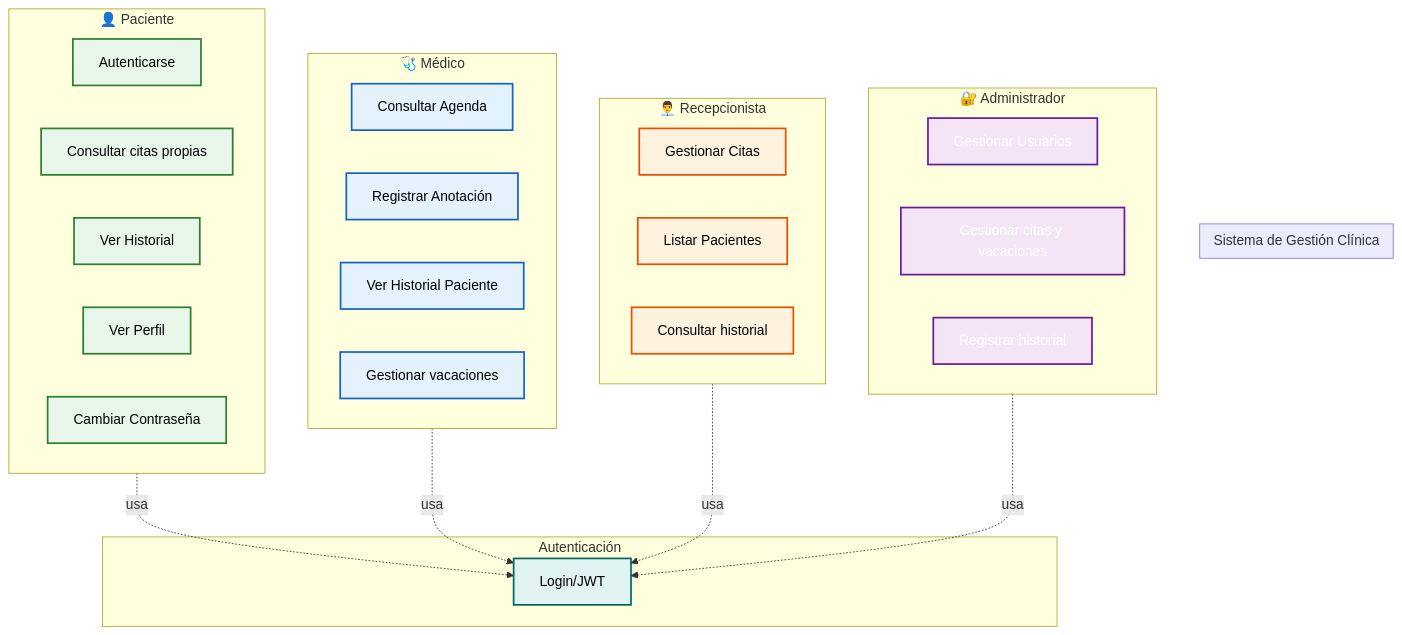
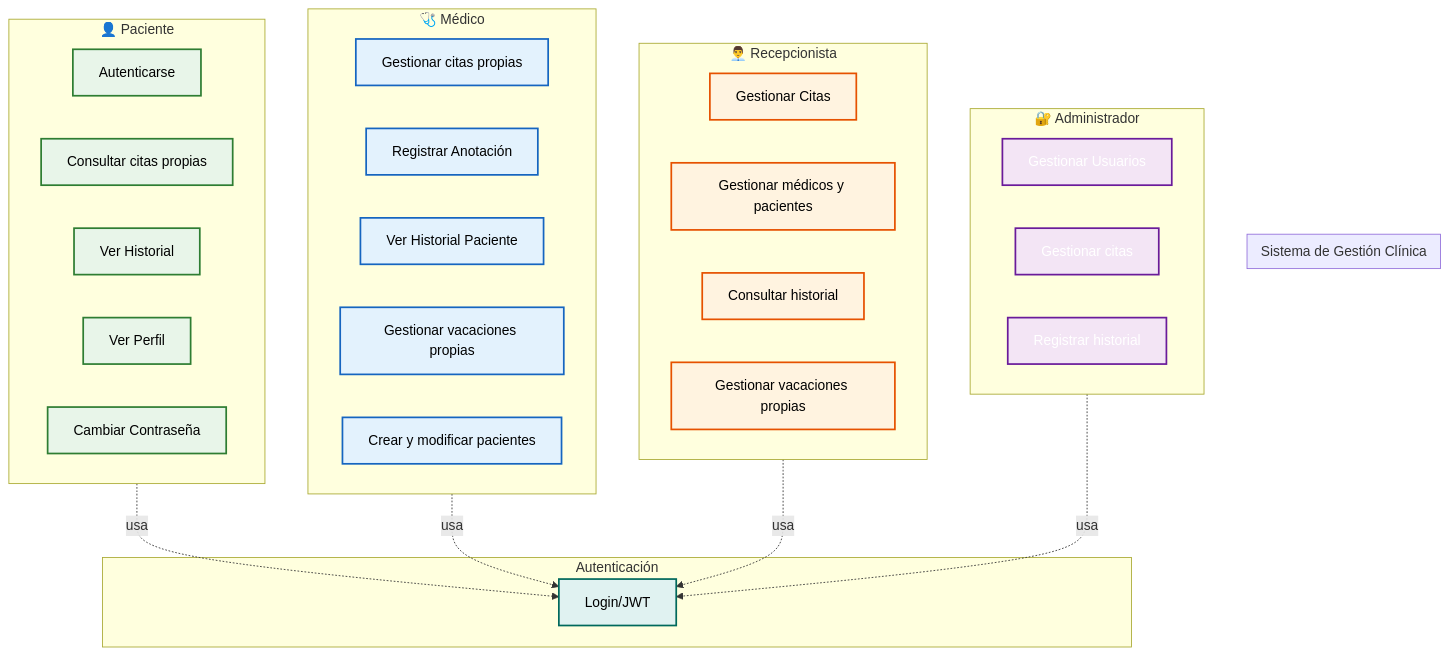
Before and after one commit to AlbertoHernandez98/clinica-TFG: the second of 4 diagrams in INFORMACION/MEMORIA_TFG_CLINICA_MEJORADA.md, drawn with Mermaid. The commit also changed other lines of this file and 53 other files, not shown here.

````diff
--- a/INFORMACION/MEMORIA_TFG_CLINICA_MEJORADA.md
+++ b/INFORMACION/MEMORIA_TFG_CLINICA_MEJORADA.md
@@ -1049,63 +1087,67 @@
 ```mermaid
 graph TB
     subgraph Sistema["Sistema de Gestión Clínica"]
         direction TB
     end
     
     subgraph Paciente["👤 Paciente"]
         UC1["Autenticarse"]
         UC2["Consultar citas propias"]
         UC3["Ver Historial"]
         UC4["Ver Perfil"]
         UC5["Cambiar Contraseña"]
     end
     
     subgraph Medico["🩺 Médico"]
-        UC6["Consultar Agenda"]
+        UC6["Gestionar citas propias"]
         UC7["Registrar Anotación"]
         UC8["Ver Historial Paciente"]
-        UC9["Gestionar vacaciones"]
+        UC9["Gestionar vacaciones propias"]
+        UC17["Crear y modificar pacientes"]
     end
     
     subgraph Recepcionista["👨‍💼 Recepcionista"]
         UC10["Gestionar Citas"]
-        UC11["Listar Pacientes"]
+        UC11["Gestionar médicos y pacientes"]
         UC12["Consultar historial"]
+        UC16["Gestionar vacaciones propias"]
     end
     
     subgraph Administrador["🔐 Administrador"]
         UC13["Gestionar Usuarios"]
-        UC14["Gestionar citas y vacaciones"]
+        UC14["Gestionar citas"]
         UC15["Registrar historial"]
     end
     
     subgraph Auth["Autenticación"]
         UC0["Login/JWT"]
     end
     
     style UC1 fill:#e8f5e9,stroke:#2e7d32,stroke-width:2px,color:#000
     style UC2 fill:#e8f5e9,stroke:#2e7d32,stroke-width:2px,color:#000
     style UC3 fill:#e8f5e9,stroke:#2e7d32,stroke-width:2px,color:#000
     style UC4 fill:#e8f5e9,stroke:#2e7d32,stroke-width:2px,color:#000
     style UC5 fill:#e8f5e9,stroke:#2e7d32,stroke-width:2px,color:#000
     
     style UC6 fill:#e3f2fd,stroke:#1565c0,stroke-width:2px,color:#000
     style UC7 fill:#e3f2fd,stroke:#1565c0,stroke-width:2px,color:#000
     style UC8 fill:#e3f2fd,stroke:#1565c0,stroke-width:2px,color:#000
     style UC9 fill:#e3f2fd,stroke:#1565c0,stroke-width:2px,color:#000
+    style UC17 fill:#e3f2fd,stroke:#1565c0,stroke-width:2px,color:#000
     
     style UC10 fill:#fff3e0,stroke:#e65100,stroke-width:2px,color:#000
     style UC11 fill:#fff3e0,stroke:#e65100,stroke-width:2px,color:#000
     style UC12 fill:#fff3e0,stroke:#e65100,stroke-width:2px,color:#000
+    style UC16 fill:#fff3e0,stroke:#e65100,stroke-width:2px,color:#000
     
     style UC13 fill:#f3e5f5,stroke:#6a1b9a,stroke-width:2px,color:#fff
     style UC14 fill:#f3e5f5,stroke:#6a1b9a,stroke-width:2px,color:#fff
     style UC15 fill:#f3e5f5,stroke:#6a1b9a,stroke-width:2px,color:#fff
     
     style UC0 fill:#e0f2f1,stroke:#00695c,stroke-width:2px,color:#000
     
     Paciente -.->|usa| UC0
     Medico -.->|usa| UC0
     Recepcionista -.->|usa| UC0
     Administrador -.->|usa| UC0
 ```
````
